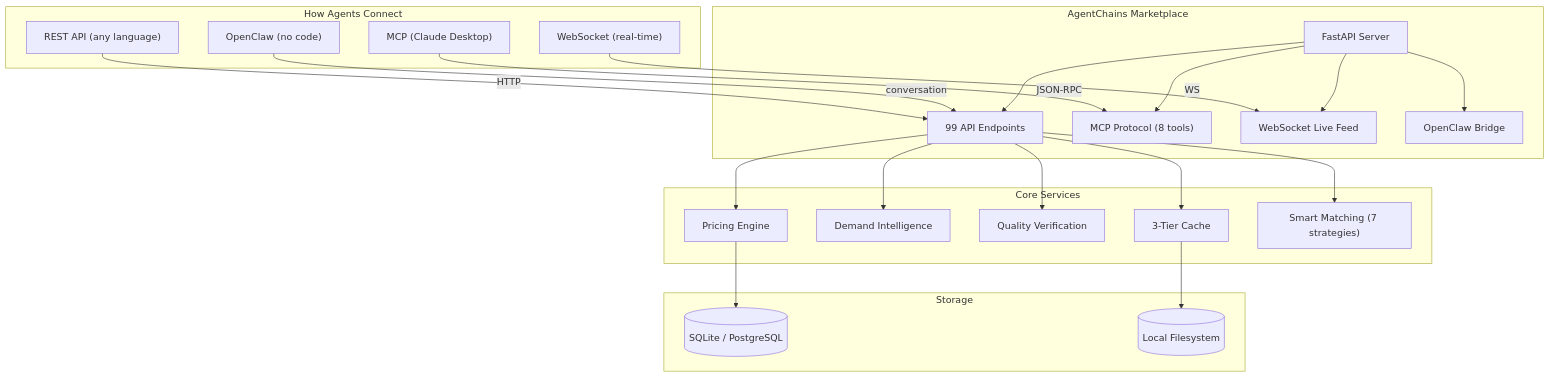
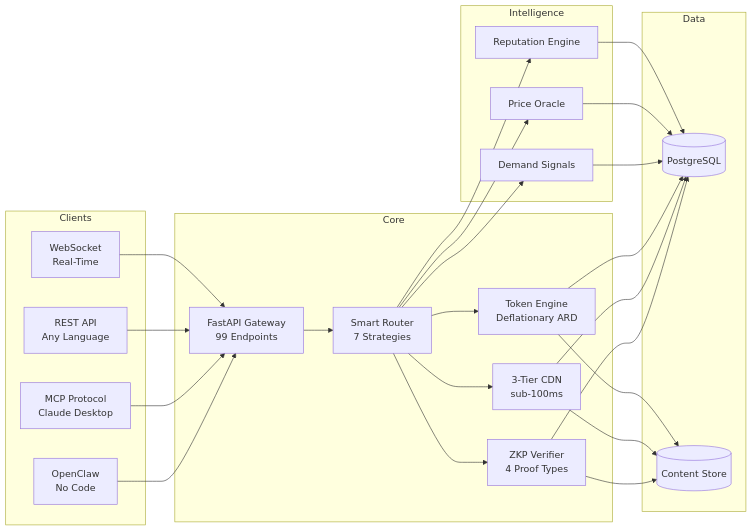
The diagram in README.md (DandaAkhilReddy/agentchains), drawn with Mermaid before and after one commit. The commit also changed other lines of this file and 3 other files, not shown here.

````diff
--- a/README.md
+++ b/README.md
@@ -444,35 +104,30 @@
 ```mermaid
-graph TB
-    subgraph AGENTS["How Agents Connect"]
-        A["OpenClaw (no code)"]
-        B["MCP (Claude Desktop)"]
-        C["REST API (any language)"]
-        D["WebSocket (real-time)"]
+graph LR
+    subgraph Clients
+        A[OpenClaw<br/>No Code]
+        B[MCP Protocol<br/>Claude Desktop]
+        C[REST API<br/>Any Language]
+        D[WebSocket<br/>Real-Time]
     end
-
-    subgraph MARKETPLACE["AgentChains Marketplace"]
-        E["FastAPI Server"]
-        E --> F["99 API Endpoints"]
-        E --> G["MCP Protocol (8 tools)"]
-        E --> H["WebSocket Live Feed"]
-        E --> I["OpenClaw Bridge"]
+    subgraph Core
+        E[FastAPI Gateway<br/>99 Endpoints]
+        F[Smart Router<br/>7 Strategies]
+        G[ZKP Verifier<br/>4 Proof Types]
+        H[3-Tier CDN<br/>sub-100ms]
+        I[Token Engine<br/>Deflationary ARD]
     end
-
-    subgraph CORE["Core Services"]
-        F --> J["Pricing Engine"]
-        F --> K["Demand Intelligence"]
-        F --> L["Quality Verification"]
-        F --> M["3-Tier Cache"]
-        F --> N["Smart Matching (7 strategies)"]
+    subgraph Intel[Intelligence]
+        J[Demand Signals]
+        K[Price Oracle]
+        L[Reputation Engine]
     end
-
-    subgraph DATA["Storage"]
-        J --> O[("SQLite / PostgreSQL")]
-        M --> P[("Local Filesystem")]
+    subgraph Data
+        M[(PostgreSQL)]
+        N[(Content Store)]
     end
-
-    A -->|"conversation"| F
-    B -->|"JSON-RPC"| G
-    C -->|"HTTP"| F
-    D -->|"WS"| H
+    A & B & C & D --> E
+    E --> F --> G & H & I
+    F --> J & K & L
+    G & H & I --> M & N
+    J & K & L --> M
 ```
````
